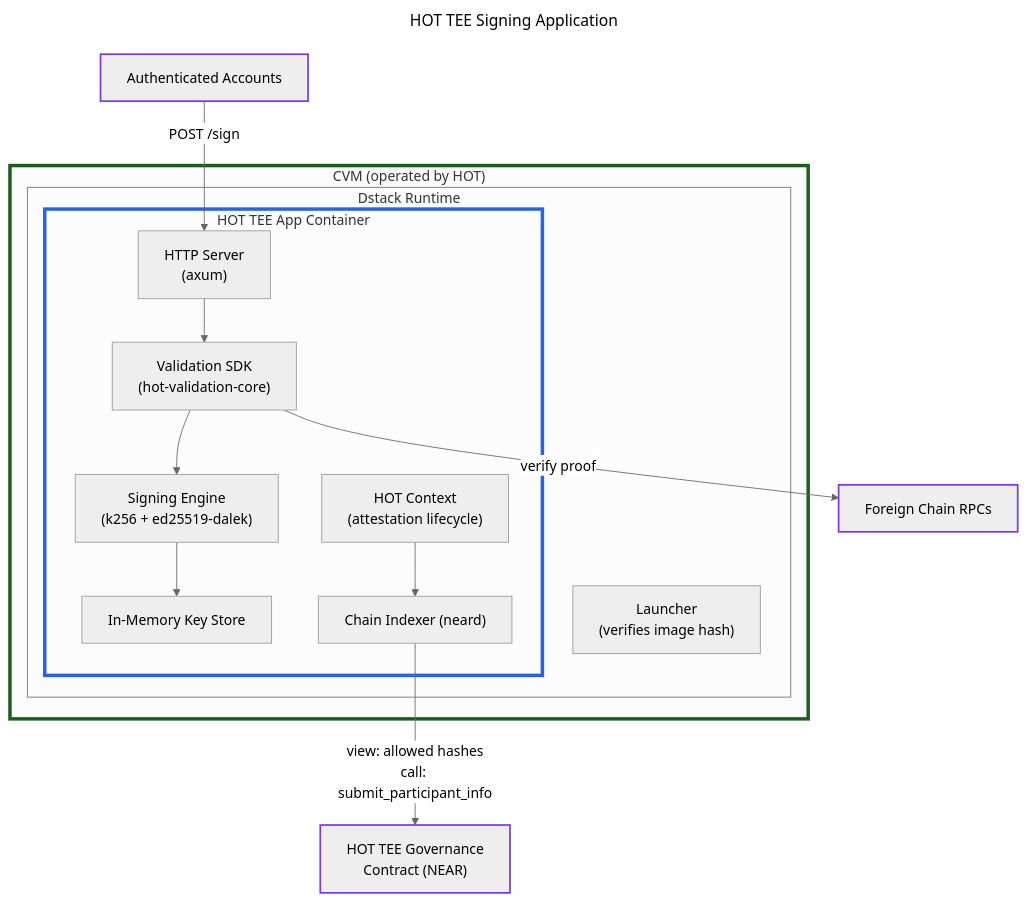
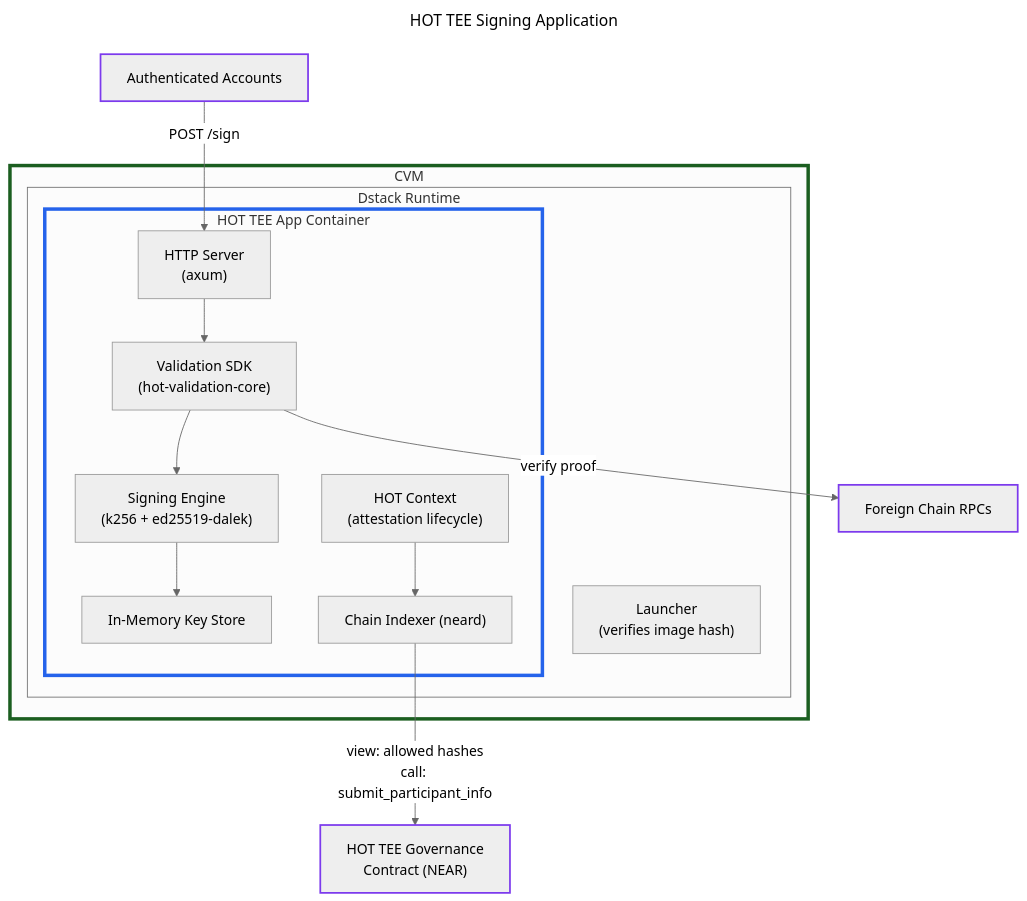
Before and after one commit to near/mpc: the first of 4 diagrams in docs/hot-tee-signing-design.md, drawn with Mermaid (neutral theme).

Commit message:
Don’t mention who operates the app (continuation)

````diff
--- a/docs/hot-tee-signing-design.md
+++ b/docs/hot-tee-signing-design.md
@@ -67,43 +67,43 @@
 ```mermaid
 ---
 title: HOT TEE Signing Application
 ---
 flowchart TB
 
-subgraph CVM["CVM (operated by HOT)"]
+subgraph CVM["CVM"]
     subgraph DSTACK["Dstack Runtime"]
         LAUNCHER["Launcher<br/>(verifies image hash)"]
         subgraph HOT_APP["HOT TEE App Container"]
             HTTP["HTTP Server<br/>(axum)"]
             VALIDATION["Validation SDK<br/>(hot-validation-core)"]
             SIGNER["Signing Engine<br/>(k256 + ed25519-dalek)"]
             KEYSTORE["In-Memory Key Store"]
             HOT_CTX["HOT Context<br/>(attestation lifecycle)"]
             INDEXER["Chain Indexer (neard)"]
         end
     end
 end
 
 CLIENT["Authenticated Accounts"]
 HOT_CONTRACT["HOT TEE Governance<br/>Contract (NEAR)"]
 RPC["Foreign Chain RPCs"]
 
 CLIENT -->|"POST /sign"| HTTP
 HTTP --> VALIDATION
 VALIDATION -->|"verify proof"| RPC
 VALIDATION --> SIGNER
 SIGNER --> KEYSTORE
 
 HOT_CTX --> INDEXER
 INDEXER -->|"view: allowed hashes<br/>call: submit_participant_info"| HOT_CONTRACT
 
 classDef cvm stroke:#1b5e20,stroke-width:4px;
 classDef app stroke:#2563eb,stroke-width:4px;
 classDef ext stroke:#7c3aed,stroke-width:2px;
 
 class CVM cvm;
 class HOT_APP app;
 class HOT_CONTRACT ext;
 class CLIENT ext;
 class RPC ext;
 ```
````
